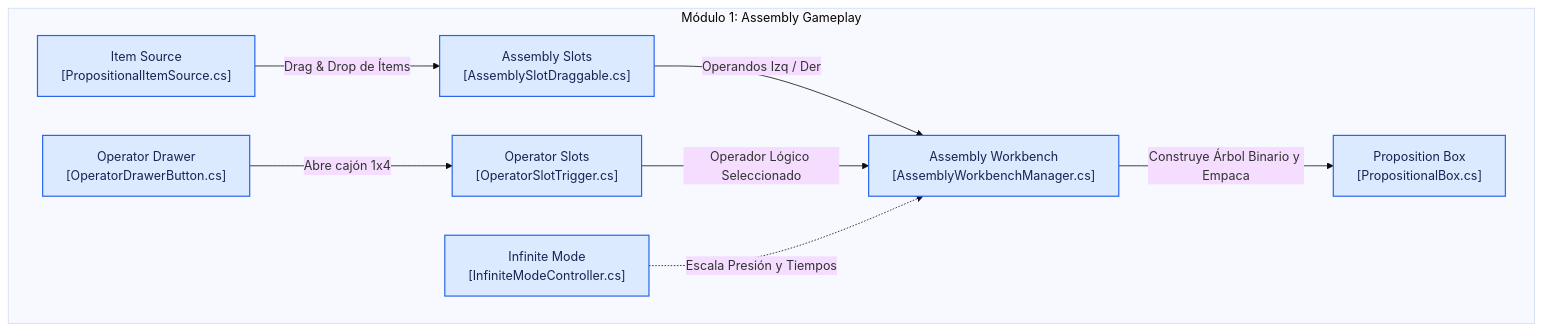
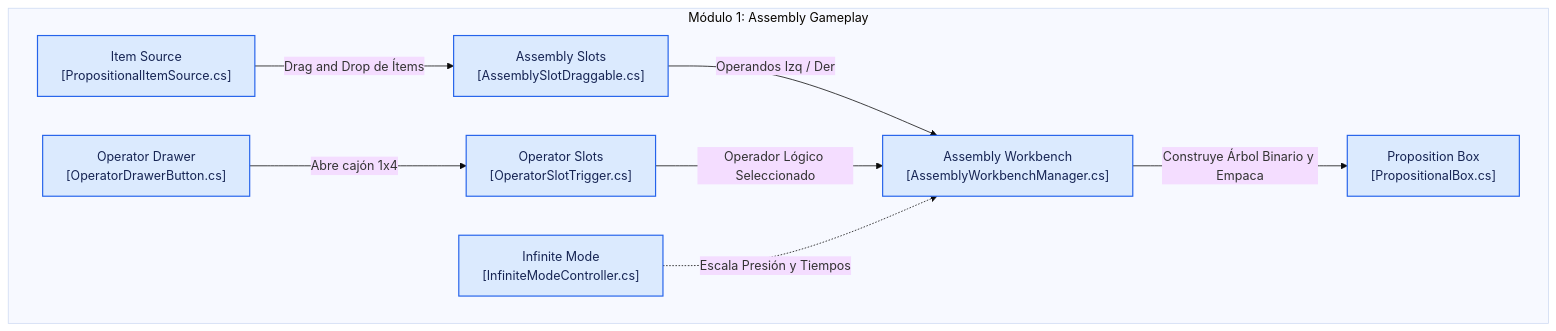
Before and after one commit to itsluuis/Overpacked: the second of 5 diagrams in README.md, drawn with Mermaid (base theme). The commit also changed other lines of this file, not shown here.

Commit message:
fix(docs): resolve Mermaid parser syntax error by quoting edge labels and removing parentheses

````diff
--- a/README.md
+++ b/README.md
@@ -219,30 +219,30 @@
 ```mermaid
 flowchart TD
   subgraph group_gameplay["Módulo 1: Assembly Gameplay"]
     node_item_source["Item Source<br/>[PropositionalItemSource.cs]"]
     node_operator_drawer["Operator Drawer<br/>[OperatorDrawerButton.cs]"]
     node_slot["Assembly Slots<br/>[AssemblySlotDraggable.cs]"]
     node_operator["Operator Slots<br/>[OperatorSlotTrigger.cs]"]
     node_workbench["Assembly Workbench<br/>[AssemblyWorkbenchManager.cs]"]
     node_proposition_box["Proposition Box<br/>[PropositionalBox.cs]"]
     node_infinite_mode["Infinite Mode<br/>[InfiniteModeController.cs]"]
   end
 
-  node_item_source -->|Drag & Drop de Ítems| node_slot
-  node_operator_drawer -->|Abre cajón 1x4| node_operator
-  node_slot -->|Operandos Izq / Der| node_workbench
-  node_operator -->|Operador Lógico Seleccionado| node_workbench
-  node_workbench -->|Construye Árbol Binario y Empaca| node_proposition_box
-  node_infinite_mode -.->|Escala Presión y Tiempos| node_workbench
+  node_item_source -->|"Drag and Drop de Ítems"| node_slot
+  node_operator_drawer -->|"Abre cajón 1x4"| node_operator
+  node_slot -->|"Operandos Izq / Der"| node_workbench
+  node_operator -->|"Operador Lógico Seleccionado"| node_workbench
+  node_workbench -->|"Construye Árbol Binario y Empaca"| node_proposition_box
+  node_infinite_mode -.->|"Escala Presión y Tiempos"| node_workbench
 
   click node_workbench "https://github.com/itsluuis/overpacked/blob/main/My%20project/Assets/Scripts/Gameplay/AssemblyWorkbenchManager.cs"
   click node_slot "https://github.com/itsluuis/overpacked/blob/main/My%20project/Assets/Scripts/Gameplay/AssemblySlotDraggable.cs"
   click node_operator "https://github.com/itsluuis/overpacked/blob/main/My%20project/Assets/Scripts/Gameplay/OperatorSlotTrigger.cs"
   click node_operator_drawer "https://github.com/itsluuis/overpacked/blob/main/My%20project/Assets/Scripts/Gameplay/OperatorDrawerButton.cs"
   click node_item_source "https://github.com/itsluuis/overpacked/blob/main/My%20project/Assets/Scripts/Gameplay/PropositionalItemSource.cs"
   click node_proposition_box "https://github.com/itsluuis/overpacked/blob/main/My%20project/Assets/Scripts/Gameplay/PropositionalBox.cs"
   click node_infinite_mode "https://github.com/itsluuis/overpacked/blob/main/My%20project/Assets/Scripts/Gameplay/InfiniteModeController.cs"
 
   classDef toneBlue fill:#dbeafe,stroke:#2563eb,stroke-width:1.5px,color:#172554
   class node_workbench,node_slot,node_operator,node_operator_drawer,node_item_source,node_proposition_box,node_infinite_mode toneBlue
 ```
````
